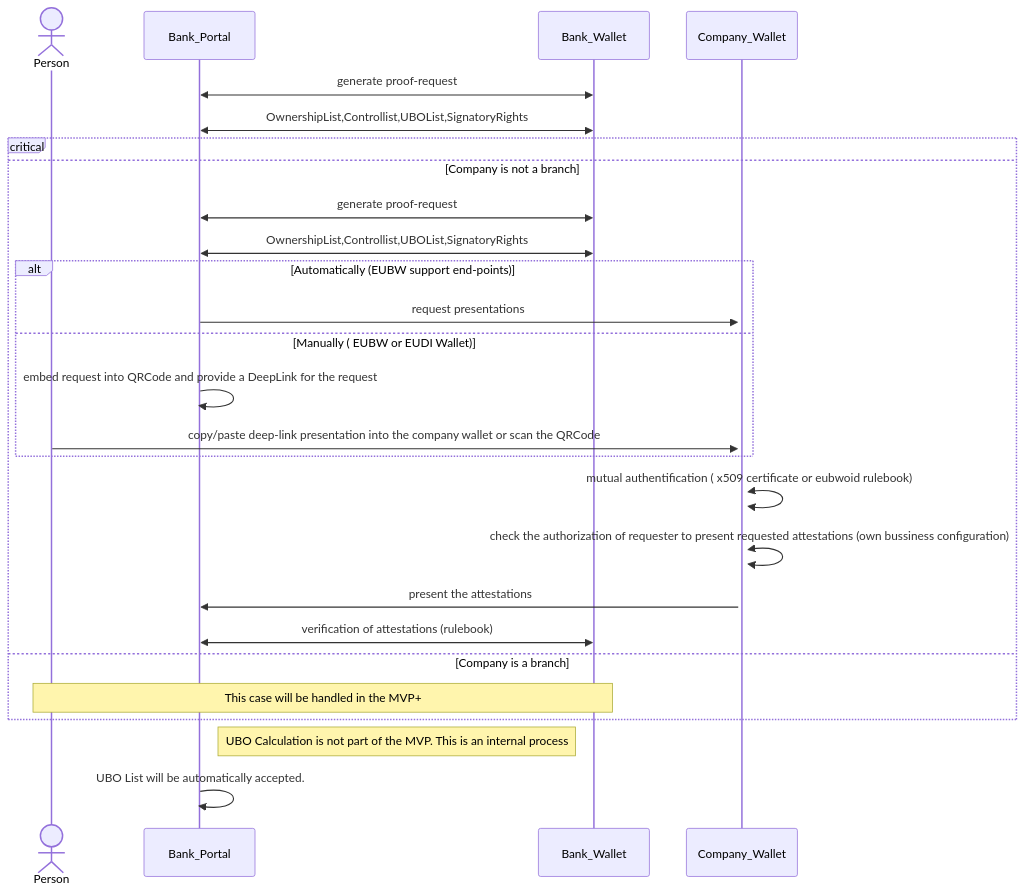
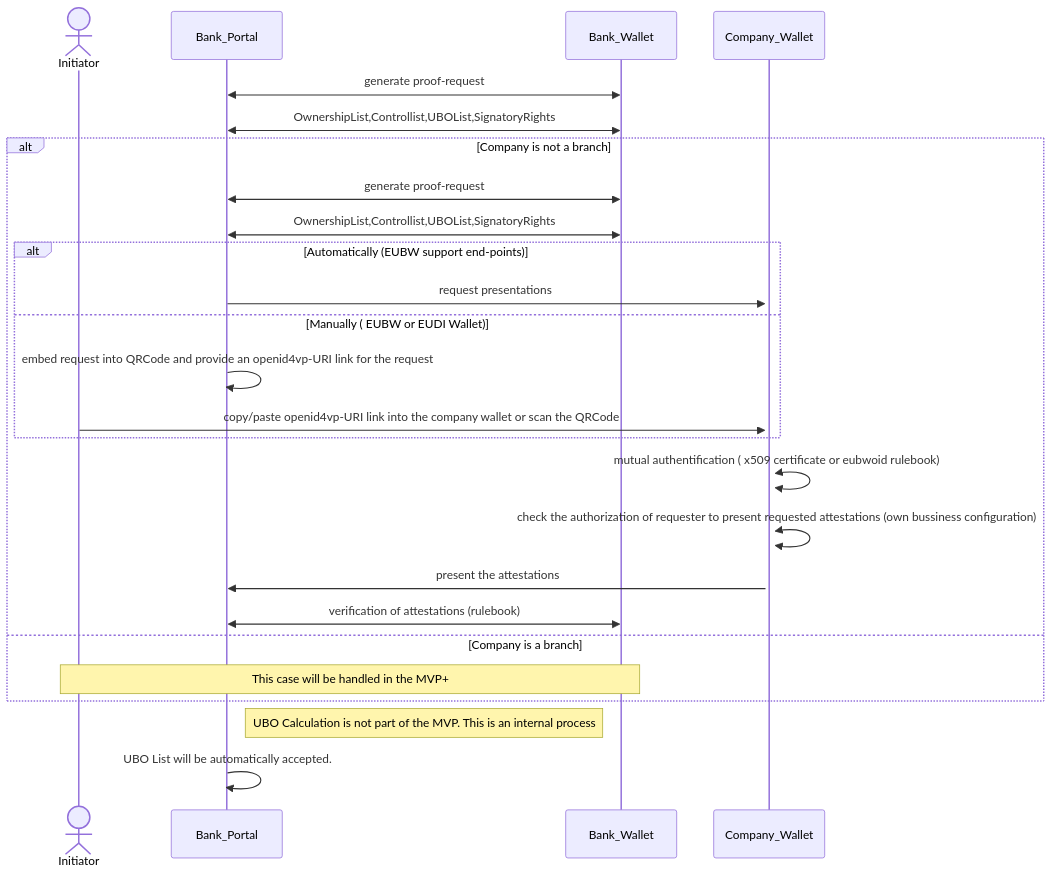
One commit to DominicHurni/wp3-technology-standards changed the sixth of 11 diagrams in PA3/PA3_MVP.md. Above: the diagram before and after it, drawn with Mermaid. The commit also changed other lines of this file and 2 other files, not shown here.

````diff
--- a/PA3/PA3_MVP.md
+++ b/PA3/PA3_MVP.md
@@ -120,26 +116,25 @@
 ```mermaid
 sequenceDiagram
-    actor Person
+    actor Initiator
     Bank_Portal<<->>Bank_Wallet: generate proof-request
     Bank_Portal<<->>Bank_Wallet: OwnershipList,Controllist,UBOList,SignatoryRights
-    critical 
-    option Company is not a branch
+    alt Company is not a branch
         Bank_Portal<<->>Bank_Wallet: generate proof-request
         Bank_Portal<<->>Bank_Wallet: OwnershipList,Controllist,UBOList,SignatoryRights
         alt Automatically (EUBW support end-points)
             Bank_Portal->>+Company_Wallet: request presentations
         else Manually ( EUBW or EUDI Wallet)
-            Bank_Portal->>Bank_Portal: embed request into QRCode and provide a DeepLink for the request
-            Person->>+Company_Wallet: copy/paste deep-link presentation into the company wallet or scan the QRCode
+            Bank_Portal->>Bank_Portal: embed request into QRCode and provide an openid4vp-URI link for the request
+            Initiator->>+Company_Wallet: copy/paste openid4vp-URI link into the company wallet or scan the QRCode
         end                 
         Company_Wallet<<->>Company_Wallet: mutual authentification ( x509 certificate or eubwoid rulebook)
         Company_Wallet<<->>Company_Wallet: check the authorization of requester to present requested attestations (own bussiness configuration)
         Company_Wallet->>Bank_Portal: present the attestations
         Bank_Portal<<->>Bank_Wallet: verification of attestations (rulebook)
-    option Company is a branch
-        Note over Person,Bank_Wallet: This case will be handled in the MVP+
+    else Company is a branch
+        Note over Initiator,Bank_Wallet: This case will be handled in the MVP+
     end
 
     Note right of Bank_Portal: UBO Calculation is not part of the MVP. This is an internal process
     Bank_Portal->>Bank_Portal: UBO List will be automatically accepted.
 ```
````
